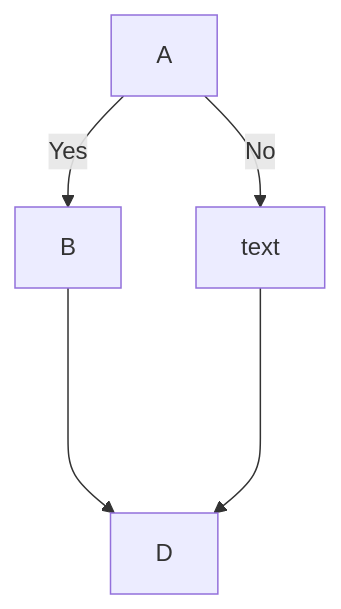
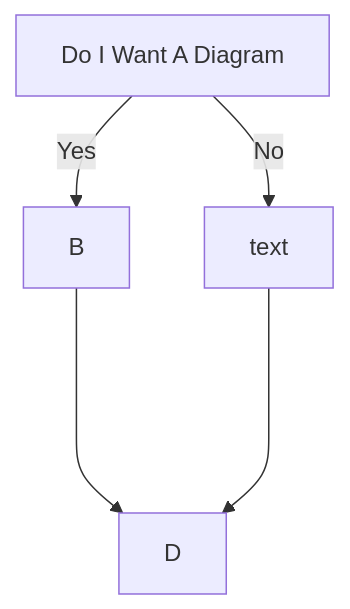
Before and after one commit to PanGalacticTech/ISOpower: the diagram in Documentation/diagram_with_mermaid.md, drawn with Mermaid.

````diff
--- a/Documentation/diagram_with_mermaid.md
+++ b/Documentation/diagram_with_mermaid.md
@@ -5,7 +5,7 @@
 ```mermaid
   graph TD;
-      A-- Yes -->B;
-      A-- No -->C[text];
+      A[Do I Want A Diagram]-- Yes -->B;
+      A[Do I Want A Diagram]-- No -->C[text];
       B---->D;
       C---->D;
 ```
````
